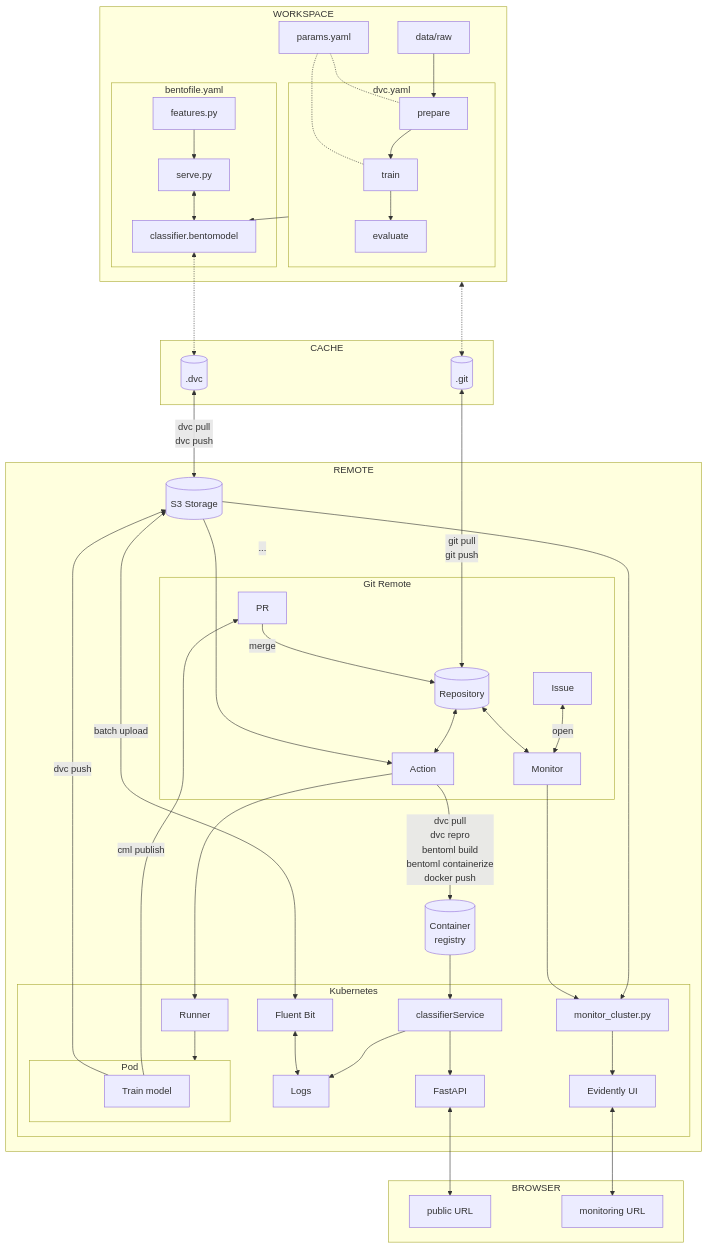
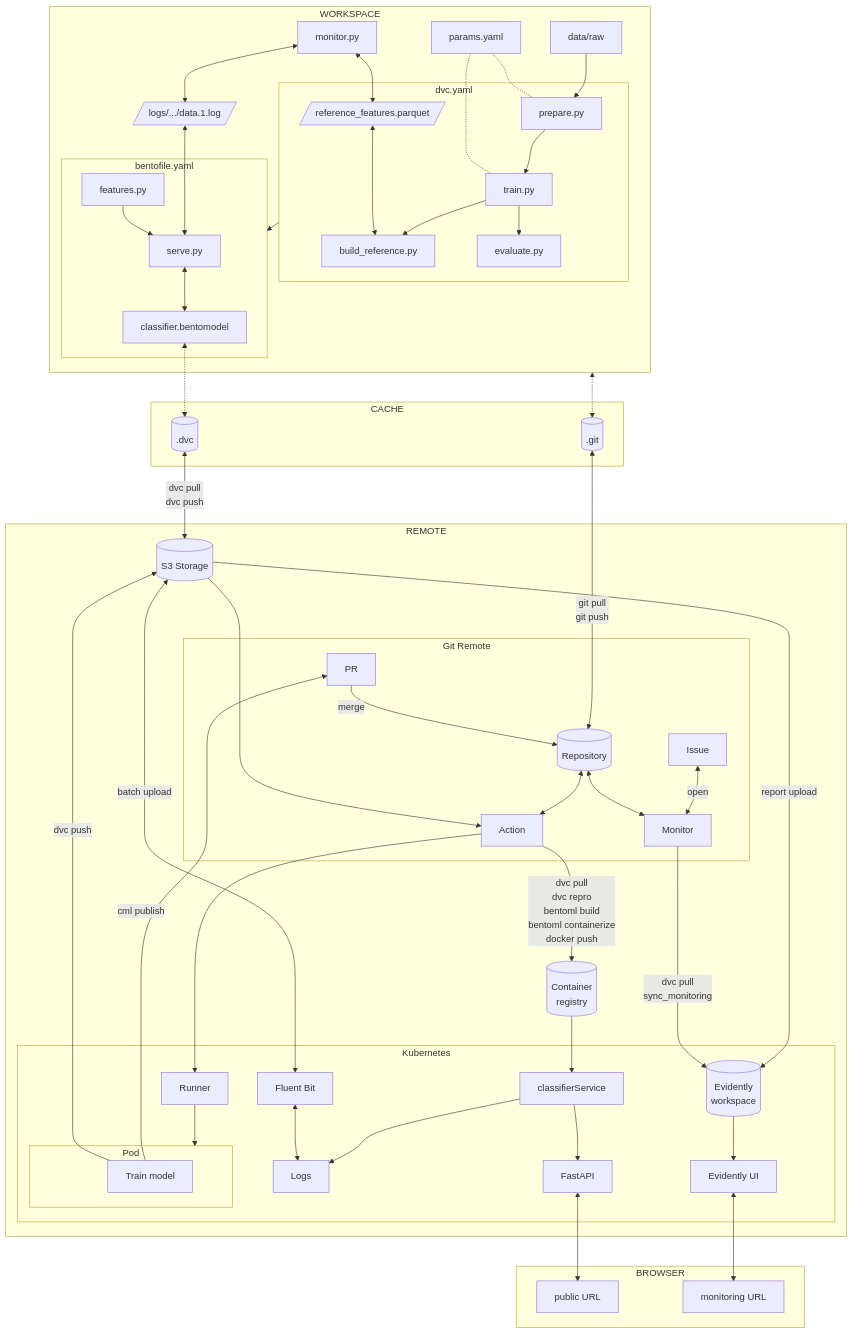
One commit to swiss-ai-center/a-guide-to-mlops changed the diagram in docs/part-4-monitor-and-maintain/conclusion.md. Above: the diagram before and after it, drawn with Mermaid. The commit also changed other lines of this file and 6 other files, not shown here.

````diff
--- a/docs/part-4-monitor-and-maintain/conclusion.md
+++ b/docs/part-4-monitor-and-maintain/conclusion.md
@@ -22,77 +22,82 @@
 ```mermaid
 flowchart TB
     dot_dvc[(.dvc)] <-->|dvc pull
                          dvc push| s3_storage[(S3 Storage)]
     dot_git[(.git)] <-->|git pull
                          git push| repository[(Repository)]
     workspaceGraph <-....-> dot_git
     data[data/raw]
 
     subgraph cacheGraph[CACHE]
         dot_dvc
         dot_git
     end
 
     subgraph workspaceGraph[WORKSPACE]
+        drift_logs[/"logs/.../data.1.log"/] <---> serve
         subgraph bentoGraph[bentofile.yaml]
             serve[serve.py] <--> bento_model[classifier.bentomodel]
             features[features.py] --> serve
         end
         bento_model <-.-> dot_dvc
 
-        data --> prepare
+        data --> prepare[prepare.py]
         subgraph dvcGraph["dvc.yaml"]
-            prepare --> train
-            train --> evaluate
+            prepare --> train[train.py]
+            train --> build_reference[build_reference.py]
+            train --> evaluate[evaluate.py]
+            reference_features[/reference_features.parquet/] <---> build_reference
         end
         params -.- train
         params[params.yaml] -.- prepare
-        dvcGraph --> bento_model
+        dvcGraph --> bentoGraph
+        monitor[monitor.py] <--> reference_features
+        monitor <--> drift_logs
     end
 
     subgraph remoteGraph[REMOTE]
         s3_storage
         subgraph gitGraph[Git Remote]
             request[PR] --> |merge|repository
             issue[Issue] <--> |open| action_monitor
             repository[(Repository)] <--> action[Action]
             repository <--> action_monitor[Monitor]
         end
         action --> |dvc pull
                     dvc repro
                     bentoml build
                     bentoml containerize
                     docker push|registry
-        s3_storage -.- |...|request
+        s3_storage ~~~ request
 
         s3_storage --> action
         subgraph clusterGraph[Kubernetes]
             subgraph clusterPodGraph[Pod]
                 pod_train[Train model]
             end
             pod_runner[Runner] --> clusterPodGraph
             bento_service_cluster[classifierService] --> k8s_fastapi[FastAPI]
             bento_service_cluster --> cluster_logs[Logs]
             fluent_bit[Fluent Bit] <--> cluster_logs
-            monitor_cluster[monitor_cluster.py]
+            k8s_evidentlyworkspace[(Evidently
+                                    workspace)]
             k8s_evidentlyui[Evidently UI]
         end
         action --> pod_runner
         pod_train -->|cml publish| request
         pod_train -->|dvc push| s3_storage
         s3_storage <--> |batch upload| fluent_bit
 
         registry[(Container
                   registry)] --> bento_service_cluster
-        s3_storage --> monitor_cluster
-        action_monitor --> monitor_cluster
-        monitor_cluster --> k8s_evidentlyui
+        s3_storage --> |report upload|k8s_evidentlyworkspace
+        action_monitor --> |dvc pull
+                            sync_monitoring|k8s_evidentlyworkspace
+        k8s_evidentlyworkspace --> k8s_evidentlyui
     end
 
     subgraph browserGraph[BROWSER]
         k8s_fastapi <--> publicURL["public URL"]
         k8s_evidentlyui <--> monitoringURL["monitoring URL"]
     end
-
-    linkStyle 17 opacity:0.0
 ```
````
